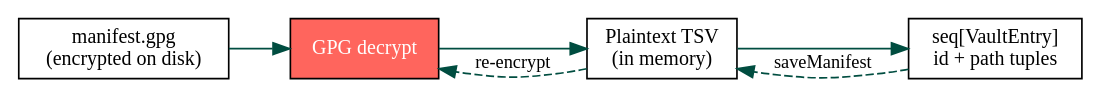
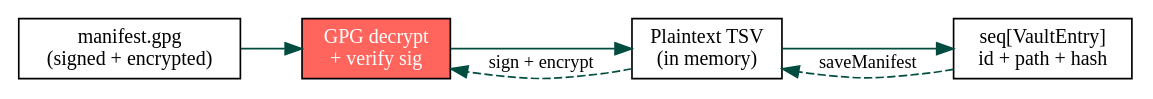
The diagram in docs/orgmode/reference/manifest.org (HaoZeke/nimvault), drawn with Graphviz before and after one commit. The commit also changed other lines of this file and 8 other files, not shown here.

```diff
--- a/docs/orgmode/reference/manifest.org
+++ b/docs/orgmode/reference/manifest.org
@@ -9,17 +9,17 @@
 #+begin_src dot :file ../images/manifest_flow.svg :exports results
 digraph G {
     rankdir=LR;
     node [shape=box, style=filled, fillcolor="white", fontname="Jost", fontsize=12];
     edge [fontname="Jost", fontsize=11, color="#004D40"];
     graph [fontname="Jost"];
 
-    manifest_gpg [label="manifest.gpg\n(encrypted on disk)"];
-    gpg [label="GPG decrypt", fillcolor="#FF655D", fontcolor="white"];
+    manifest_gpg [label="manifest.gpg\n(signed + encrypted)"];
+    gpg [label="GPG decrypt\n+ verify sig", fillcolor="#FF655D", fontcolor="white"];
     tsv [label="Plaintext TSV\n(in memory)"];
-    entries [label="seq[VaultEntry]\nid + path tuples"];
+    entries [label="seq[VaultEntry]\nid + path + hash"];
 
     manifest_gpg -> gpg -> tsv -> entries;
     entries -> tsv [label="saveManifest", style=dashed];
-    tsv -> gpg [label="re-encrypt", style=dashed];
+    tsv -> gpg [label="sign + encrypt", style=dashed];
 }
 #+end_src
```
